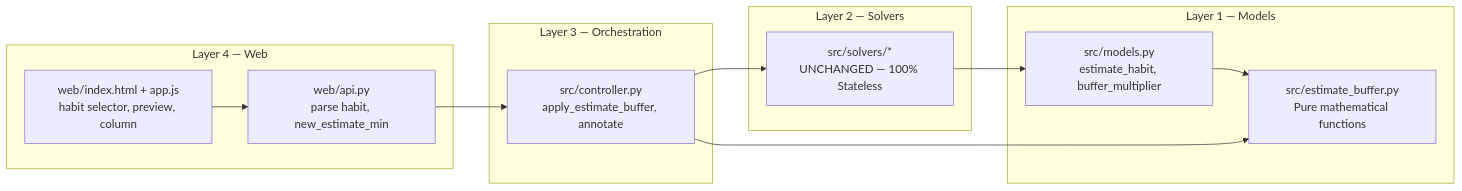
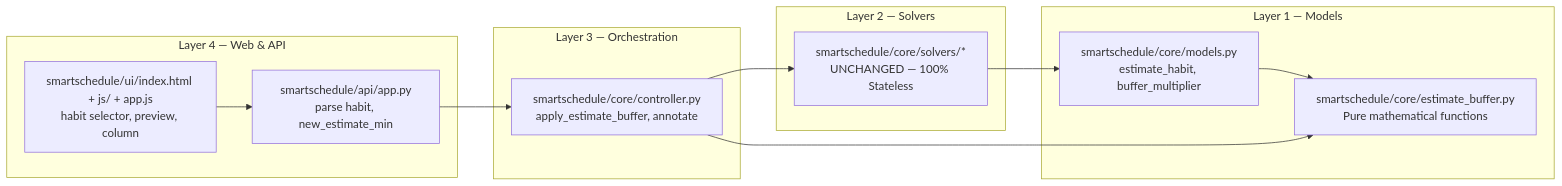
Before and after one commit to TNKhanh1/Computational-Thinking---Group-Project: the diagram in agents/progress/feature_001_estimate_buffer.md, drawn with Mermaid. The commit also changed other lines of this file and 26 other files, not shown here.

````diff
--- a/agents/progress/feature_001_estimate_buffer.md
+++ b/agents/progress/feature_001_estimate_buffer.md
@@ -67,19 +67,19 @@
 ```mermaid
 flowchart LR
-    subgraph L4[Layer 4 — Web]
-        UI[web/index.html + app.js<br/>habit selector, preview, column]
-        API[web/api.py<br/>parse habit, new_estimate_min]
+    subgraph L4[Layer 4 — Web & API]
+        UI[smartschedule/ui/index.html + js/ + app.js<br/>habit selector, preview, column]
+        API[smartschedule/api/app.py<br/>parse habit, new_estimate_min]
     end
     subgraph L3[Layer 3 — Orchestration]
-        CTRL[src/controller.py<br/>apply_estimate_buffer, annotate]
+        CTRL[smartschedule/core/controller.py<br/>apply_estimate_buffer, annotate]
     end
     subgraph L2[Layer 2 — Solvers]
-        SOLV[src/solvers/*<br/>UNCHANGED — 100% Stateless]
+        SOLV[smartschedule/core/solvers/*<br/>UNCHANGED — 100% Stateless]
     end
     subgraph L1[Layer 1 — Models]
-        MOD[src/models.py<br/>estimate_habit, buffer_multiplier]
-        EB[src/estimate_buffer.py<br/>Pure mathematical functions]
+        MOD[smartschedule/core/models.py<br/>estimate_habit, buffer_multiplier]
+        EB[smartschedule/core/estimate_buffer.py<br/>Pure mathematical functions]
     end
     UI --> API --> CTRL --> SOLV --> MOD --> EB
     CTRL --> EB
 ```
````
